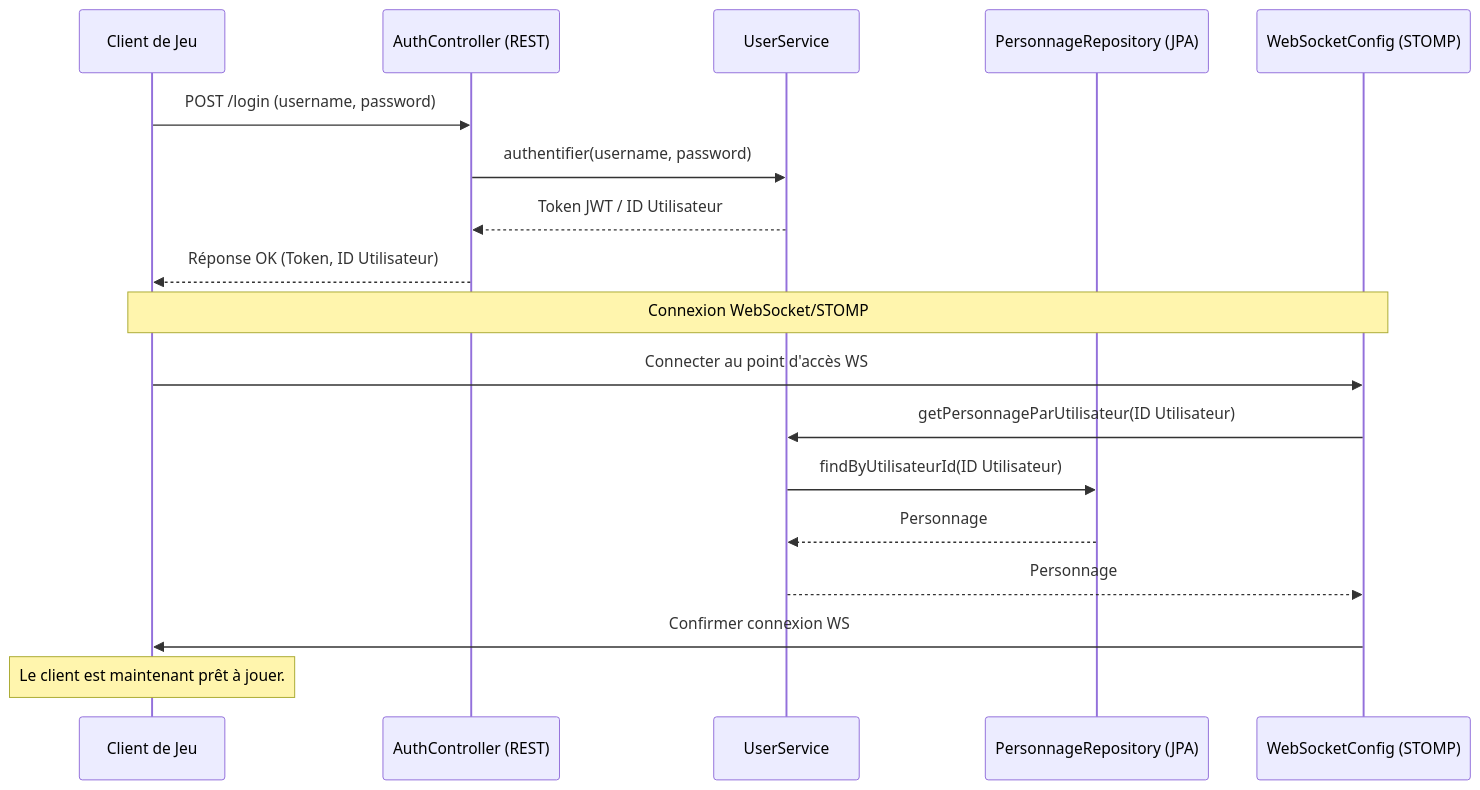
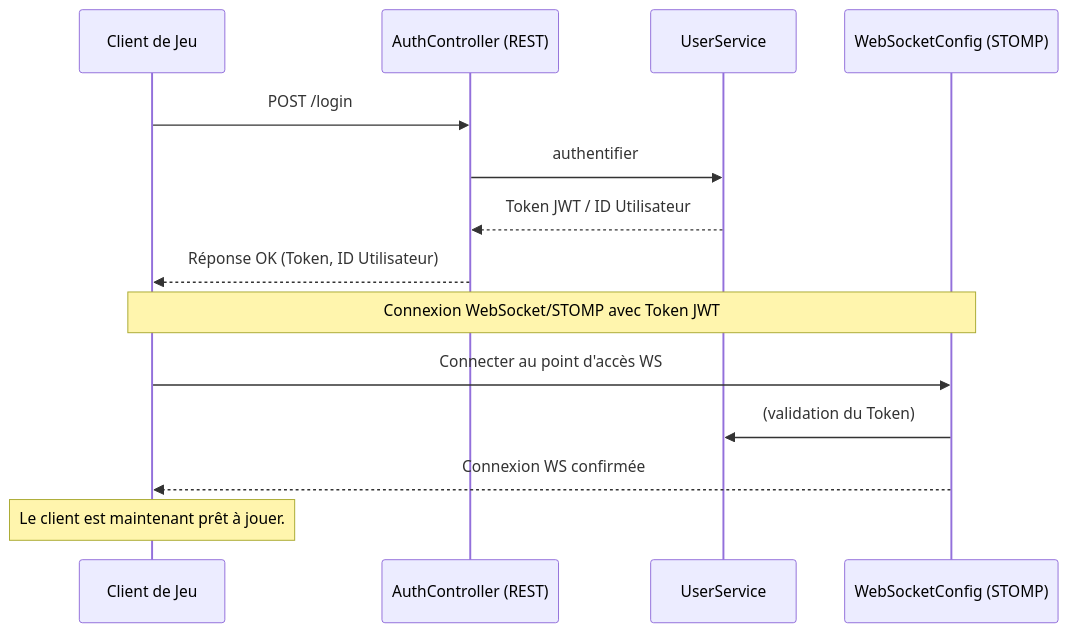
One commit to Gaetan1303/test-mvn changed the diagram in doc/DiagrammeSéquentiel : Connexion et Authentification.md. Above: the diagram before and after it, drawn with Mermaid.

Commit message:
diagramme Auth modif et minimaliste

````diff
--- a/doc/DiagrammeSéquentiel : Connexion et Authentification.md
+++ b/doc/DiagrammeSéquentiel : Connexion et Authentification.md
@@ -1,24 +1,20 @@
 ```mermaid 
 sequenceDiagram
     participant Client as Client de Jeu
     participant AuthController as AuthController (REST)
     participant UserService as UserService
-    participant PersoRepo as PersonnageRepository (JPA)
     participant WebSocketConfig as WebSocketConfig (STOMP)
 
-    Client->>AuthController: POST /login (username, password)
-    AuthController->>UserService: authentifier(username, password)
+    Client->>AuthController: POST /login
+    AuthController->>UserService: authentifier
     UserService-->>AuthController: Token JWT / ID Utilisateur
     AuthController-->>Client: Réponse OK (Token, ID Utilisateur)
 
-    Note over Client, WebSocketConfig: Connexion WebSocket/STOMP
+    Note over Client, WebSocketConfig: Connexion WebSocket/STOMP avec Token JWT
 
     Client->>WebSocketConfig: Connecter au point d'accès WS
-    WebSocketConfig->>UserService: getPersonnageParUtilisateur(ID Utilisateur)
-    UserService->>PersoRepo: findByUtilisateurId(ID Utilisateur)
-    PersoRepo-->>UserService: Personnage
-    UserService-->>WebSocketConfig: Personnage
+    WebSocketConfig->>UserService: (validation du Token)
+    WebSocketConfig-->>Client: Connexion WS confirmée
+    Note over Client: Le client est maintenant prêt à jouer.
 
-    WebSocketConfig->>Client: Confirmer connexion WS
-    Note over Client: Le client est maintenant prêt à jouer.
 ``` 
````
